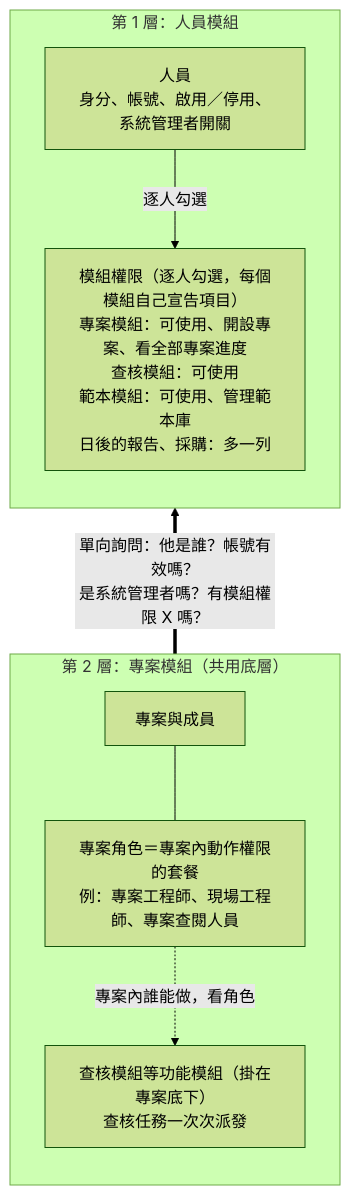
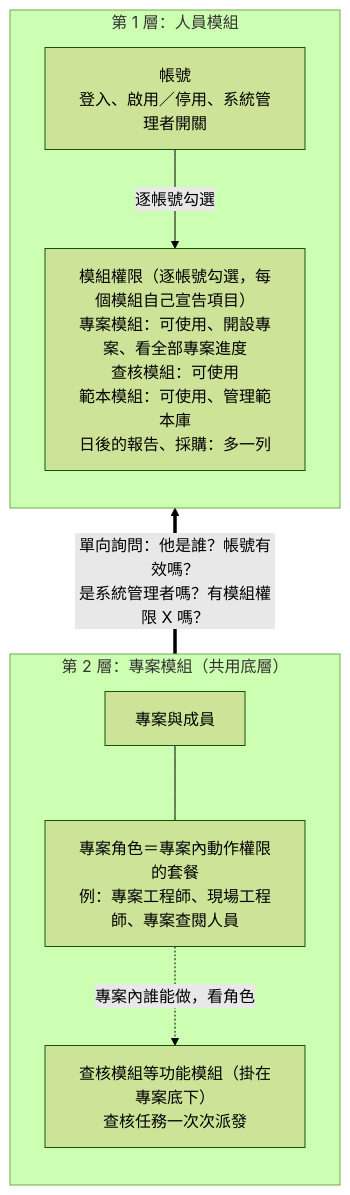
One commit to speko-tw/inspect-flow changed the first of 4 diagrams in docs/intents/07-permission-model.md. Above: the diagram before and after it, drawn with Mermaid (forest theme). The commit also changed other lines of this file and 2 other files, not shown here.

````diff
--- a/docs/intents/07-permission-model.md
+++ b/docs/intents/07-permission-model.md
@@ -27,18 +27,18 @@
 ```mermaid
 flowchart BT
   subgraph L1["第 1 層：人員模組"]
     direction TB
-    U["人員<br/>身分、帳號、啟用／停用、系統管理者開關"]
-    MP["模組權限（逐人勾選，每個模組自己宣告項目）<br/>專案模組：可使用、開設專案、看全部專案進度<br/>查核模組：可使用<br/>範本模組：可使用、管理範本庫<br/>日後的報告、採購：多一列"]
-    U -->|"逐人勾選"| MP
+    U["帳號<br/>登入、啟用／停用、系統管理者開關"]
+    MP["模組權限（逐帳號勾選，每個模組自己宣告項目）<br/>專案模組：可使用、開設專案、看全部專案進度<br/>查核模組：可使用<br/>範本模組：可使用、管理範本庫<br/>日後的報告、採購：多一列"]
+    U -->|"逐帳號勾選"| MP
   end
   subgraph L2["第 2 層：專案模組（共用底層）"]
     direction TB
     P["專案與成員"]
     R["專案角色＝專案內動作權限的套餐<br/>例：專案工程師、現場工程師、專案查閱人員"]
     P --- R
     F["查核模組等功能模組（掛在專案底下）<br/>查核任務一次次派發"]
     R -.->|"專案內誰能做，看角色"| F
   end
   L2 ==>|"單向詢問：他是誰？帳號有效嗎？<br/>是系統管理者嗎？有模組權限 X 嗎？"| L1
 ```
````
